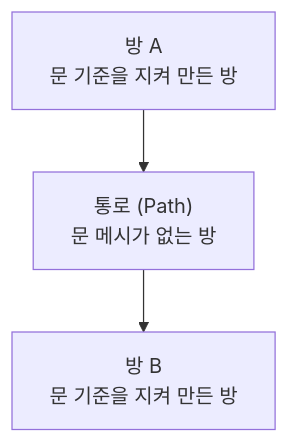
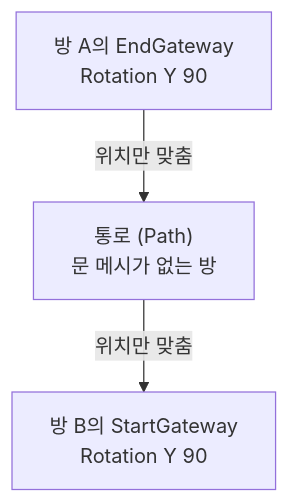
Diagram 11 of 13 in src/03-MagiCard/프로젝트문서.md (SaGiKun4/portfolio-SaGiKun4), drawn with Mermaid before and after one commit. The commit also changed other lines of this file and 89 other files, not shown here.

````diff
--- a/src/03-MagiCard/프로젝트문서.md
+++ b/src/03-MagiCard/프로젝트문서.md
@@ -653,5 +566,5 @@
 ```mermaid
 flowchart TB
-    A["방 A<br/>문 기준을 지켜 만든 방"] --> P["통로 (Path)<br/>문 메시가 없는 방"]
-    P --> B["방 B<br/>문 기준을 지켜 만든 방"]
+    A["방 A의 EndGateway<br/>Rotation Y 90"] -->|"위치만 맞춤"| P["통로 (Path)<br/>문 메시가 없는 방"]
+    P -->|"위치만 맞춤"| B["방 B의 StartGateway<br/>Rotation Y 90"]
 ```
````
